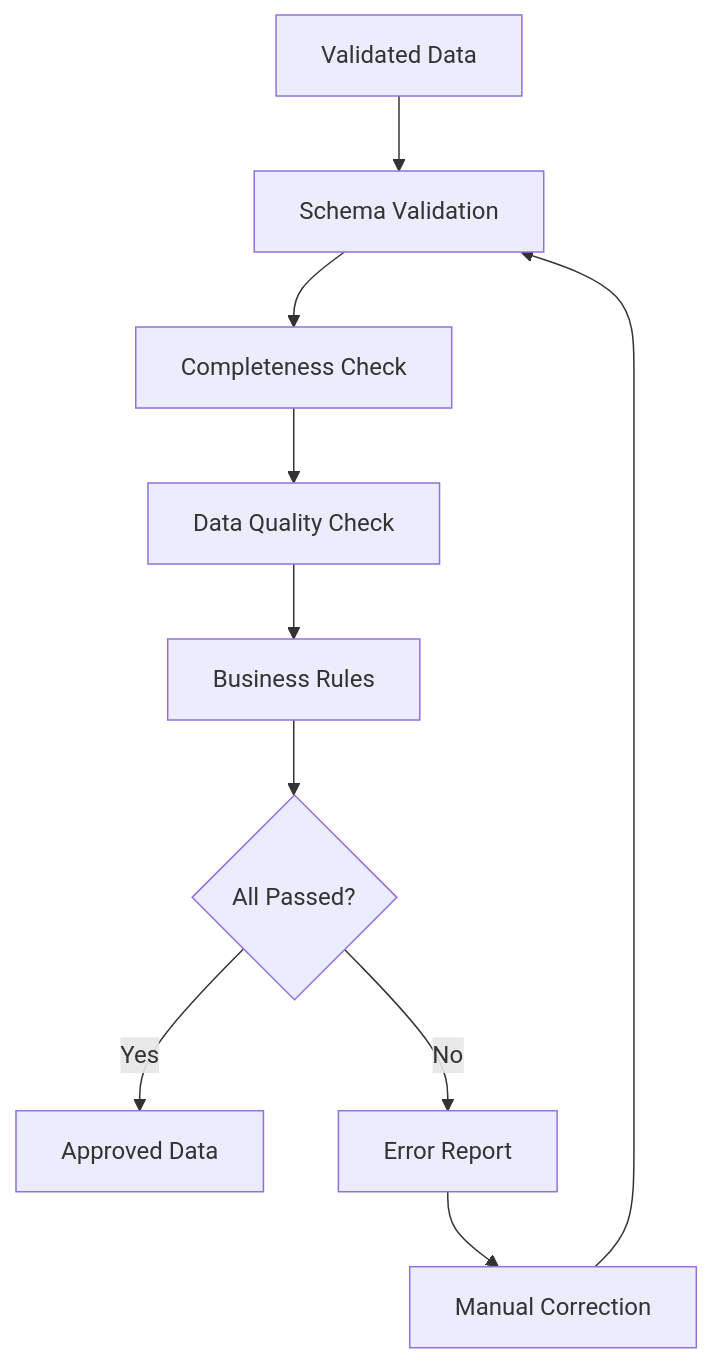
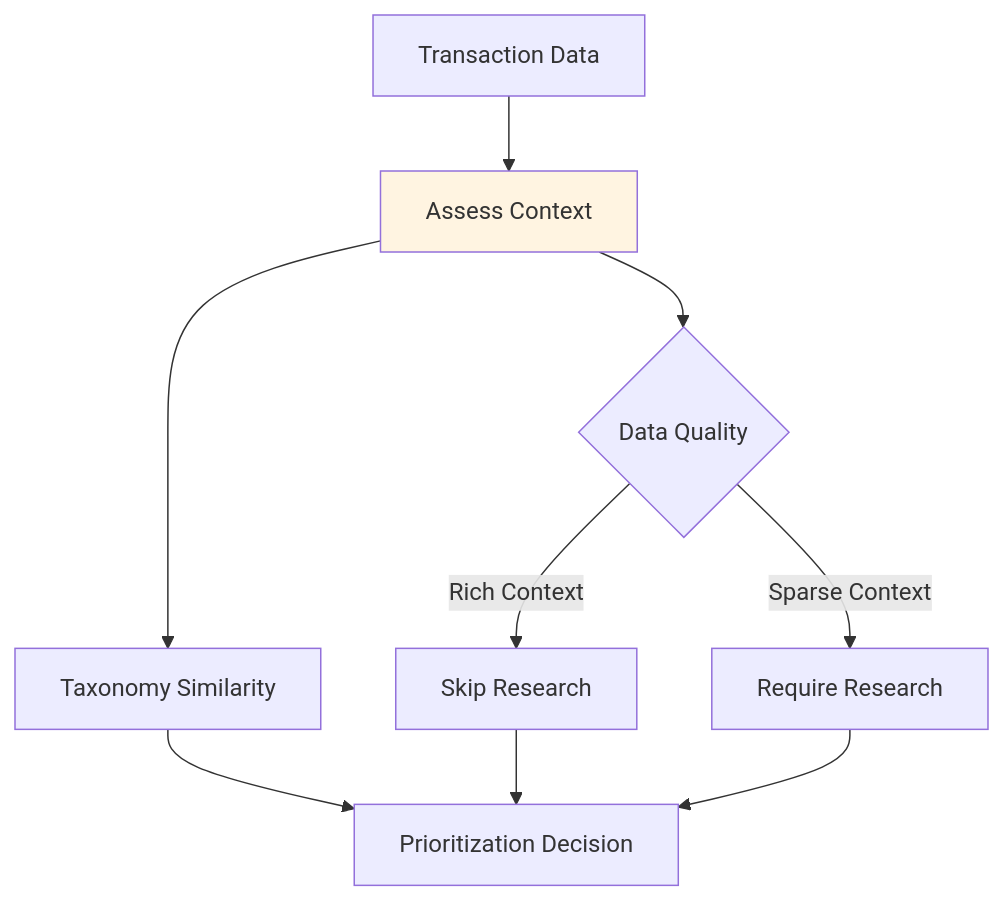
Before and after one commit to prince1823/colab91-ap-agent: the third of 11 diagrams in docs/architecture.md, drawn with Mermaid. The commit also changed other lines of this file and 1 other file, not shown here.

````diff
--- a/docs/architecture.md
+++ b/docs/architecture.md
@@ -238,12 +59,13 @@
 ```mermaid
-flowchart TD
-    A[Validated Data] --> B[Schema Validation]
-    B --> C[Completeness Check]
-    C --> D[Data Quality Check]
-    D --> E[Business Rules]
-    E --> F{All Passed?}
-    F -->|Yes| G[Approved Data]
-    F -->|No| H[Error Report]
-    H --> I[Manual Correction]
-    I --> B
+flowchart TB
+    A[Transaction Data] --> B[Assess Context]
+    B --> C{Data Quality}
+    C -->|Rich Context| D[Skip Research]
+    C -->|Sparse Context| E[Require Research]
+    B --> F[Taxonomy Similarity]
+    F --> G[Prioritization Decision]
+    D --> G
+    E --> G
+    
+    style B fill:#fff4e1
 ```
````
